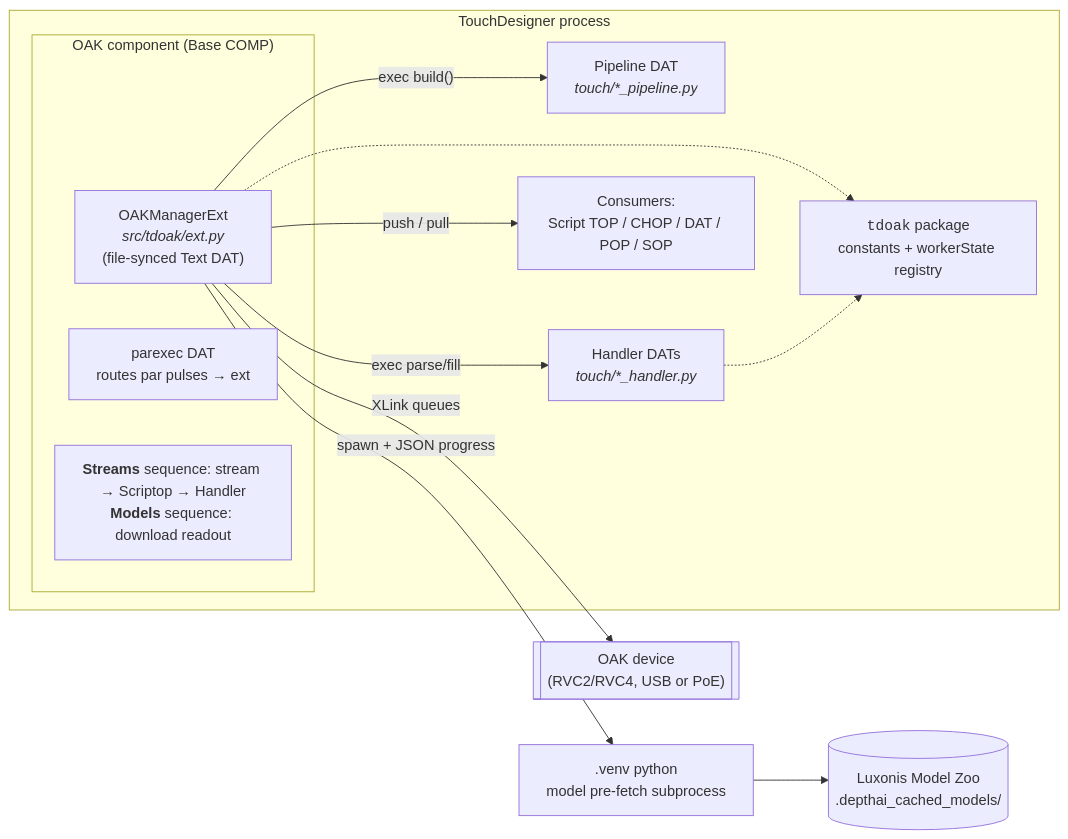
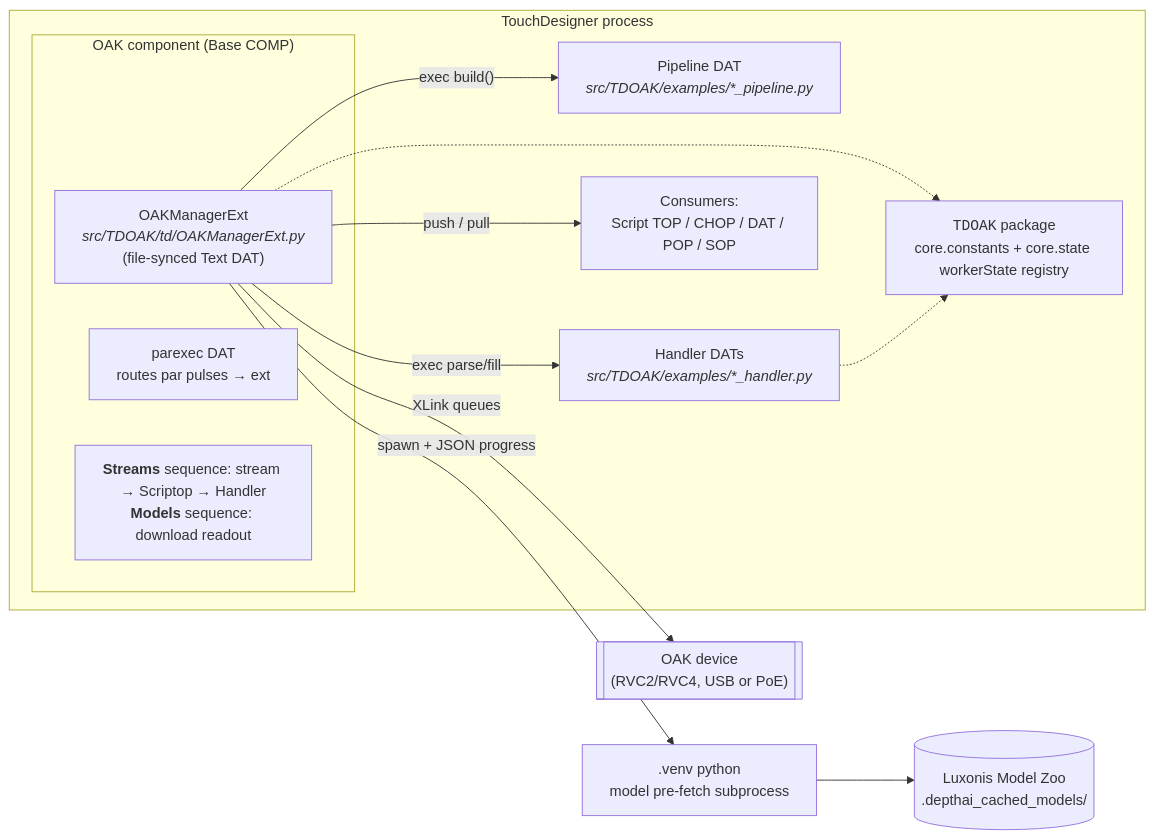
Before and after one commit to TouchDesigner/TDOAK: the first of 4 diagrams in docs/ARCHITECTURE.md, drawn with Mermaid. The commit also changed other lines of this file and 31 other files, not shown here.

First line of the commit message:
finish package reorg: src/TDOAK layout, packaged examples, core.state registry

````diff
--- a/docs/ARCHITECTURE.md
+++ b/docs/ARCHITECTURE.md
@@ -21,26 +21,26 @@
 ```mermaid
 flowchart LR
     subgraph TDPROC["TouchDesigner process"]
         subgraph COMP["OAK component  (Base COMP)"]
-            EXT["OAKManagerExt<br/><i>src/tdoak/ext.py</i><br/>(file-synced Text DAT)"]
+            EXT["OAKManagerExt<br/><i>src/TDOAK/td/OAKManagerExt.py</i><br/>(file-synced Text DAT)"]
             PAREXEC["parexec DAT<br/>routes par pulses → ext"]
             SEQ["<b>Streams</b> sequence: stream → Scriptop → Handler<br/><b>Models</b> sequence: download readout"]
         end
-        PDAT["Pipeline DAT<br/><i>touch/*_pipeline.py</i>"]
-        HDAT["Handler DATs<br/><i>touch/*_handler.py</i>"]
+        PDAT["Pipeline DAT<br/><i>src/TDOAK/examples/*_pipeline.py</i>"]
+        HDAT["Handler DATs<br/><i>src/TDOAK/examples/*_handler.py</i>"]
         OPS["Consumers:<br/>Script TOP / CHOP / DAT / POP / SOP"]
-        PKG["<code>tdoak</code> package<br/>constants + workerState registry"]
+        PKG["<code>TDOAK</code> package<br/>core.constants + core.state workerState registry"]
     end
     VENV[".venv python<br/>model pre-fetch subprocess"]
     ZOO[("Luxonis Model Zoo<br/>.depthai_cached_models/")]
     DEV[["OAK device<br/>(RVC2/RVC4, USB or PoE)"]]
 
     EXT -- "exec build()" --> PDAT
     EXT -- "exec parse/fill" --> HDAT
     EXT -- "push / pull" --> OPS
     EXT -- "XLink queues" --> DEV
     EXT -- "spawn + JSON progress" --> VENV
     VENV --> ZOO
     EXT -.-> PKG
     HDAT -.-> PKG
 ```
````
